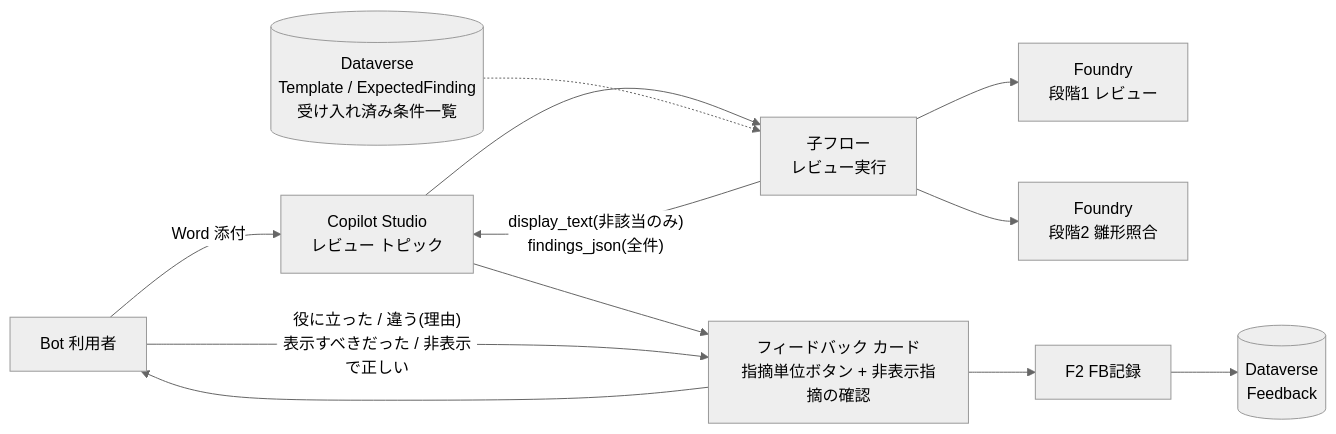
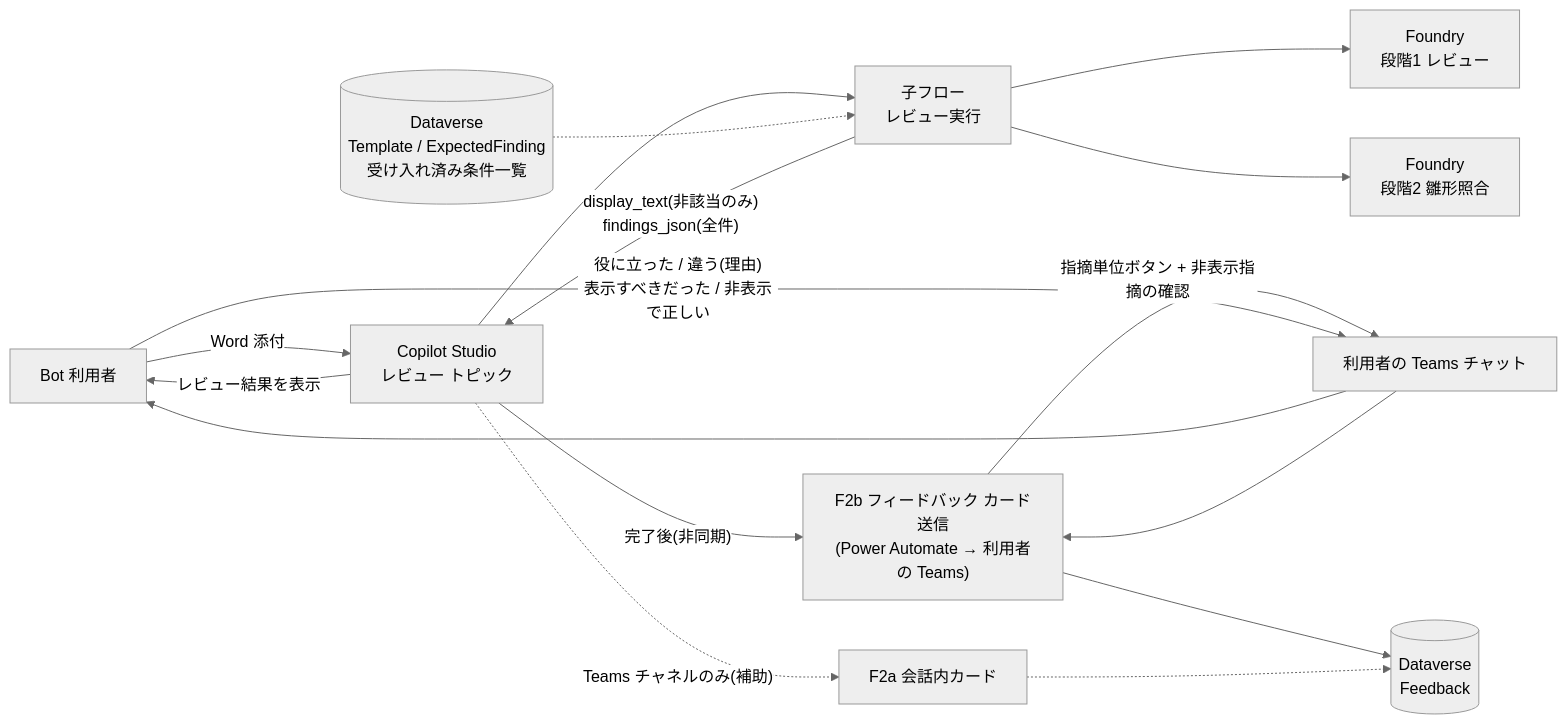
The first of 14 diagrams in docs/09-diagrams.md (goro012/claude_code_test), drawn with Mermaid (neutral theme) before and after one commit. The commit also changed other lines of this file and 11 other files, not shown here.

````diff
--- a/docs/09-diagrams.md
+++ b/docs/09-diagrams.md
@@ -28,13 +28,16 @@
 ```mermaid
 flowchart LR
     U["Bot 利用者"] -->|"Word 添付"| T1["Copilot Studio\nレビュー トピック"]
     T1 --> CF["子フロー\nレビュー実行"]
     CF --> L1["Foundry\n段階1 レビュー"]
     CF --> L2["Foundry\n段階2 雛形照合"]
     GOLD[("Dataverse\nTemplate / ExpectedFinding\n受け入れ済み条件一覧")] -.-> CF
     CF -->|"display_text(非該当のみ)\nfindings_json(全件)"| T1
-    T1 --> T3["フィードバック カード\n指摘単位ボタン + 非表示指摘の確認"]
-    T3 --> U
-    U -->|"役に立った / 違う(理由)\n表示すべきだった / 非表示で正しい"| T3
-    T3 --> F2["F2 FB記録"] --> FB[("Dataverse\nFeedback")]
+    T1 -->|"レビュー結果を表示"| U
+    T1 -->|"完了後(非同期)"| F2B["F2b フィードバック カード送信\n(Power Automate → 利用者の Teams)"]
+    F2B -->|"指摘単位ボタン + 非表示指摘の確認"| TEAMSU["利用者の Teams チャット"]
+    TEAMSU --> U
+    U -->|"役に立った / 違う(理由)\n表示すべきだった / 非表示で正しい"| TEAMSU
+    TEAMSU --> F2B --> FB[("Dataverse\nFeedback")]
+    T1 -.->|"Teams チャネルのみ(補助)"| T3["F2a 会話内カード"] -.-> FB
 ```
````
